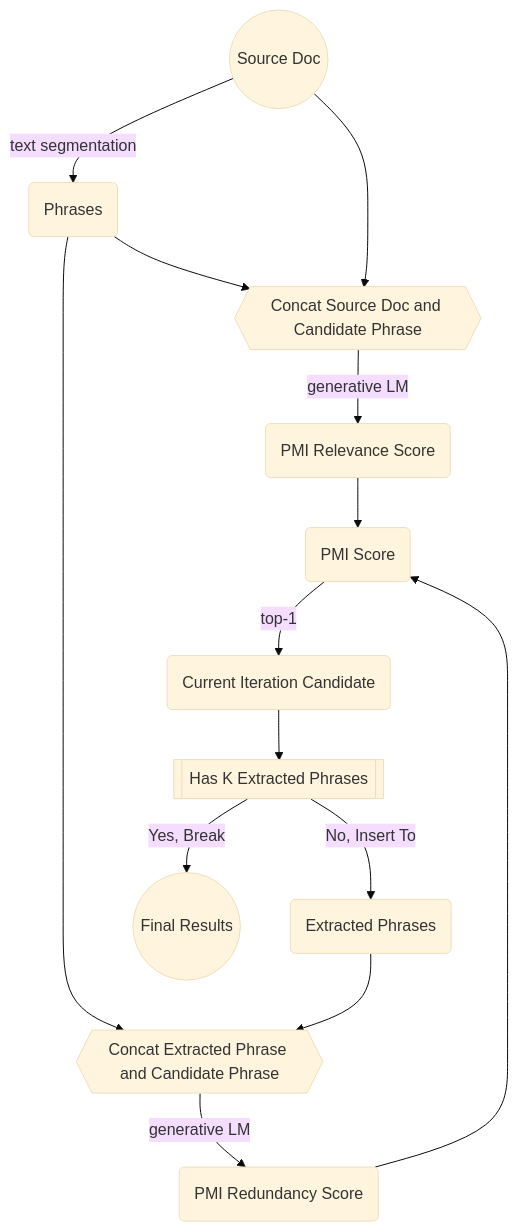
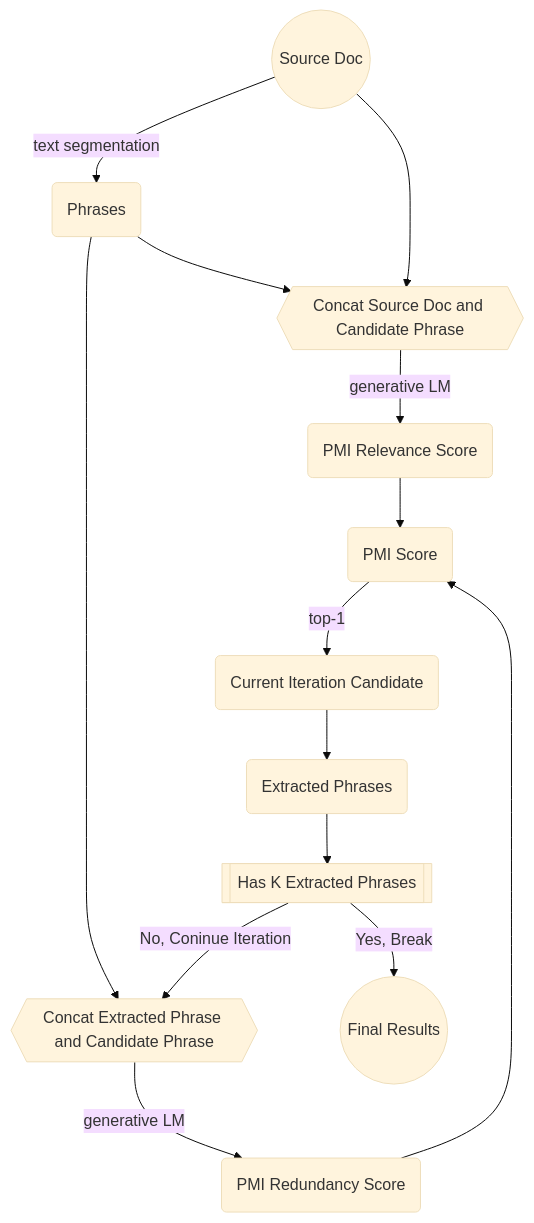
The diagram in docs/papers/unsupervised-extractive-summarization-using-pointwise-putual-information/README.md (innerNULL/leveling-up), drawn with Mermaid (base theme) before and after one commit.

````diff
--- a/docs/papers/unsupervised-extractive-summarization-using-pointwise-putual-information/README.md
+++ b/docs/papers/unsupervised-extractive-summarization-using-pointwise-putual-information/README.md
@@ -58,16 +58,16 @@
 ```mermaid
 graph TD;
 input_text((Source Doc)) --> |text segmentation| phrases(Phrases)
 phrases --> concat2{{Concat Source Doc and Candidate Phrase}} 
 input_text --> concat2
 phrases --> concat1{{Concat Extracted Phrase and Candidate Phrase}} 
-extractions(Extracted Phrases) --> concat1 
+extractions(Extracted Phrases) --> condition1[[Has K Extracted Phrases]]
+condition1 --> |No, Coninue Iteration| concat1 
 concat2 --> |generative LM| pmi_relevance(PMI Relevance Score)
 concat1 --> |generative LM| pmi_redundancy(PMI Redundancy Score)
 pmi_relevance --> pmi(PMI Score)
 pmi_redundancy --> pmi
 pmi --> |top-1| curr_candidate(Current Iteration Candidate)
-curr_candidate --> condition1[[Has K Extracted Phrases]]
-condition1 --> |No, Insert To| extractions
-condition1 --> |Yes, Break| final((Final Results)) 
+curr_candidate --> extractions
+condition1 --> |Yes, Break| final((Final Results))
 ```
````
